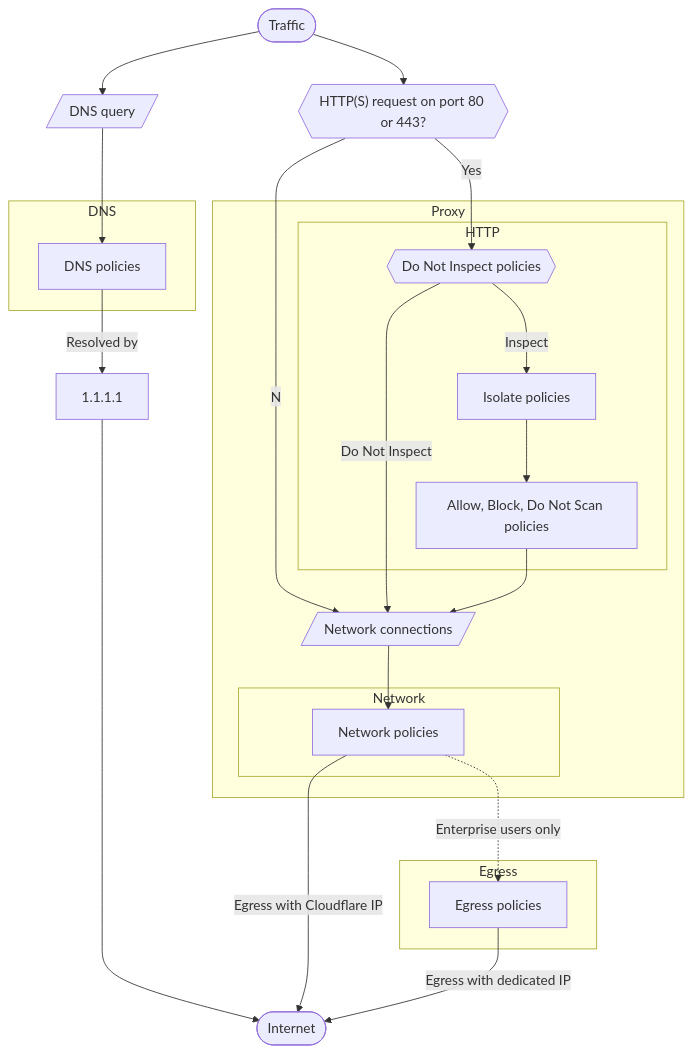
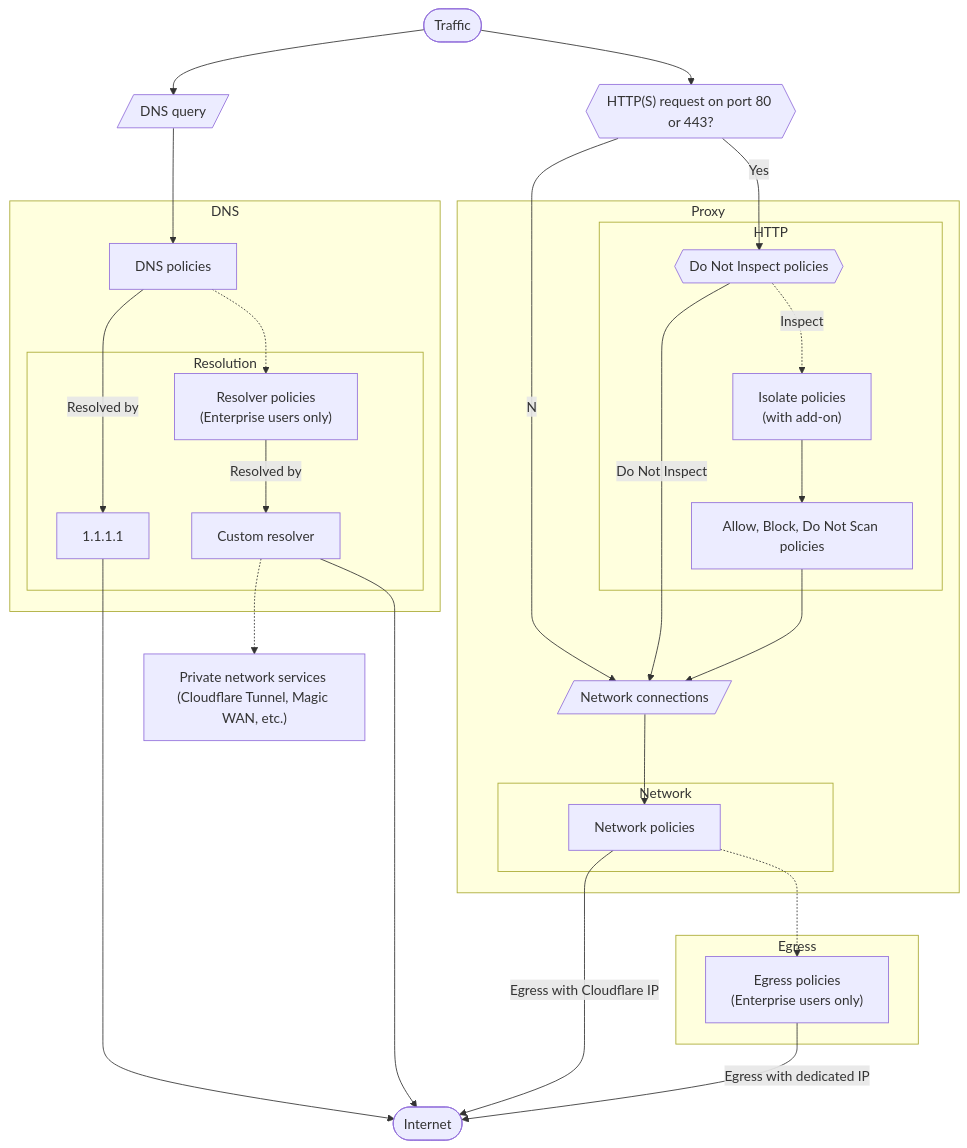
One commit to rdhanarot/cloudflare-docs changed the diagram in content/cloudflare-one/policies/gateway/order-of-enforcement.md. Above: the diagram before and after it, drawn with Mermaid.

Commit message:
[Gateway] Custom resolvers in chart (#11266)

````diff
--- a/content/cloudflare-one/policies/gateway/order-of-enforcement.md
+++ b/content/cloudflare-one/policies/gateway/order-of-enforcement.md
@@ -11,48 +11,60 @@
 ```mermaid
 flowchart TB
     %% Accessibility
     accTitle: Gateway order of enforcement
     accDescr: Flowchart describing the order of enforcement for Gateway policies.
 
     %% In with user traffic
     start(["Traffic"])-->dns0[/"DNS query"/]-->dns1
     start-->http0{{"HTTP(S) request on port 80 or 443?"}}
     http0--Yes-->http1
     http0--No-->network0
 
     %% DNS policies
     subgraph DNS
     dns1["DNS policies"]
     style DNS text-align:left
+    dns1--Resolved by-->dns2["1.1.1.1"]
+    dns1-.->dns3
+
+        %% DNS resolution
+        subgraph Resolution
+        dns2["1.1.1.1"]
+        dns3["Resolver policies <br />(Enterprise users only)"]--Resolved by-->dns4["Custom resolver"]
+        end
+
     end
-    dns1--Resolved by-->dns2["1.1.1.1"]------>internet
+    dns2["1.1.1.1"]----->internet
+    dns4----->internet
+    dns4-.->cloudflare["Private network services <br />(Cloudflare Tunnel, Magic WAN, etc.)"]
+
 
     %% Proxied by Gateway
     subgraph Proxy
 
     %% HTTP policies
     subgraph HTTP
     http1{{"Do Not Inspect policies"}}
-    http1--Inspect-->http2["Isolate policies"]
+    http1-."Inspect".->http2["Isolate policies  <br />(with add-on)"]
     http2-->http3["Allow, Block, Do Not Scan policies"]
     end
 
     http1--Do Not Inspect-->network0
     http3-->network0
     network0[/"Network connections"/]-->network1
 
     %% Network policies
     subgraph Network
     network1["Network policies"]
     end
     end
 
     %% Egress
     subgraph Egress
-    network1-.Enterprise users only.->egress1[Egress policies]
+    network1-.->egress1["Egress policies <br />(Enterprise users only)"]
     end
 
     %% Finish
     network1--Egress with Cloudflare IP-->internet([Internet])
     egress1--Egress with dedicated IP-->internet
 ```
````
